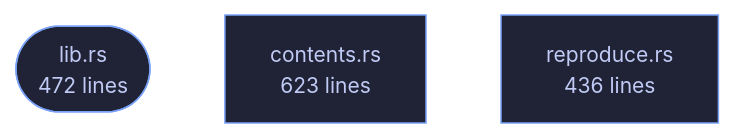
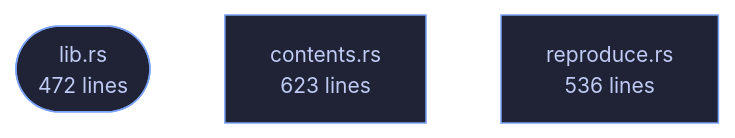
Before and after one commit to tilas01/veilvoice: the diagram in wiki/Crate-veilvoice-check.md, drawn with Mermaid. The commit also changed other lines of this file and 28 other files, not shown here.

````diff
--- a/wiki/Crate-veilvoice-check.md
+++ b/wiki/Crate-veilvoice-check.md
@@ -80,10 +80,10 @@
 ```mermaid
 %%{init: {"theme":"base","themeVariables":{"background":"#1a1b26","primaryColor":"#1f2335","primaryTextColor":"#c0caf5","primaryBorderColor":"#7aa2f7","secondaryColor":"#16161e","tertiaryColor":"#16161e","lineColor":"#737aa2","textColor":"#c0caf5","mainBkg":"#1f2335","nodeBorder":"#7aa2f7","clusterBkg":"#16161e","clusterBorder":"#2f3549","fontFamily":"ui-monospace, SFMono-Regular, Consolas, monospace","fontSize":"14px"}}}%%
 flowchart TD
     n_lib(["lib.rs<br/>472 lines"])
     n_contents["contents.rs<br/>623 lines"]
-    n_reproduce["reproduce.rs<br/>436 lines"]
+    n_reproduce["reproduce.rs<br/>536 lines"]
     click n_lib href "https://github.com/tilas01/veilvoice/blob/main/crates/veilvoice-check/src/lib.rs" "open the source"
     click n_contents href "https://github.com/tilas01/veilvoice/blob/main/crates/veilvoice-check/src/contents.rs" "open the source"
     click n_reproduce href "https://github.com/tilas01/veilvoice/blob/main/crates/veilvoice-check/src/reproduce.rs" "open the source"
 ```
````
